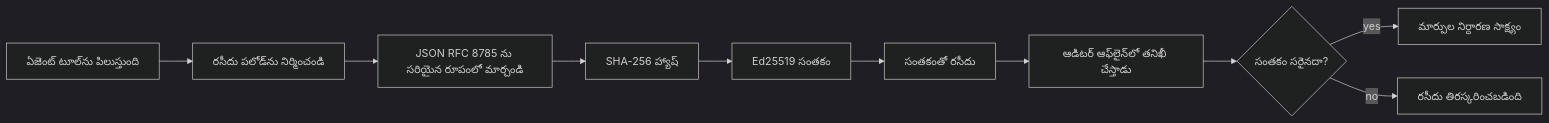
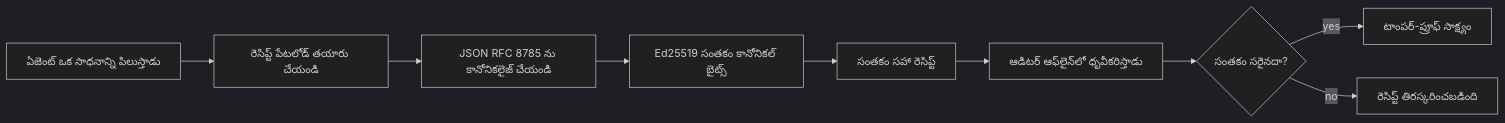
One commit to microsoft/ai-agents-for-beginners changed the first of 2 diagrams in translations/te/18-securing-ai-agents/README.md. Above: the diagram before and after it, drawn with Mermaid (dark theme). The commit also changed other lines of this file and 43 other files, not shown here.

````diff
--- a/translations/te/18-securing-ai-agents/README.md
+++ b/translations/te/18-securing-ai-agents/README.md
@@ -51,12 +51,11 @@
 ```mermaid
 flowchart LR
-    A[ఏజెంట్ టూల్‌ను పిలుస్తుంది] --> B[రసీదు పలోడ్‌ను నిర్మించండి]
-    B --> C[JSON RFC 8785 ను సరియైన రూపంలో మార్చండి]
-    C --> D[SHA-256 హ్యాష్]
-    D --> E[Ed25519 సంతకం]
-    E --> F[సంతకంతో రసీదు]
-    F --> G[ఆడిటర్ ఆఫ్‌లైన్‌లో తనిఖీ చేస్తాడు]
+    A[ఏజెంట్ ఒక సాధనాన్ని పిలుస్తాడు] --> B[రెసిప్ట్ పేటలోడ్ తయారు చేయండి]
+    B --> C[JSON RFC 8785 ను కానోనికలైజ్ చేయండి]
+    C --> E[Ed25519 సంతకం కానోనికల్ బైట్స్]
+    E --> F[సంతకం సహా రెసిప్ట్]
+    F --> G[ఆడిటర్ ఆఫ్‌లైన్‌లో ధృవీకరిస్తాడు]
     G --> H{సంతకం సరైనదా?}
-    H -- yes --> I[మార్పుల నిర్ధారణ సాక్ష్యం]
-    H -- no --> J[రసీదు తిరస్కరించబడింది]
+    H -- yes --> I[టాంపర్-ప్రూఫ్ సాక్ష్యం]
+    H -- no --> J[రెసిప్ట్ తిరస్కరించబడింది]
 ```
````
